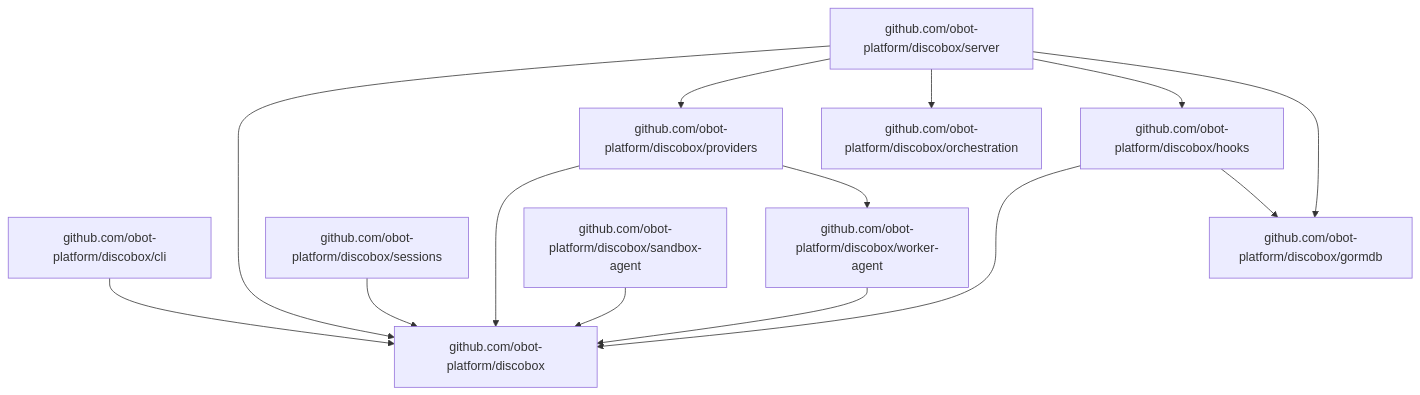
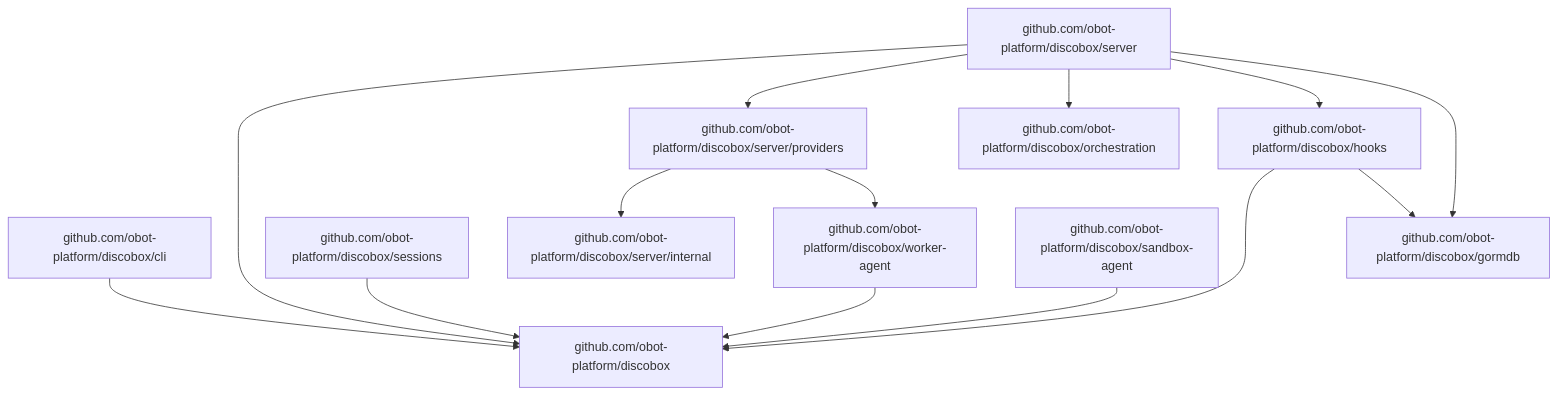
The second of 2 diagrams in DESIGN.md (discobox-ai/discobox), drawn with Mermaid before and after one commit. The commit also changed other lines of this file and 139 other files, not shown here.

````diff
--- a/DESIGN.md
+++ b/DESIGN.md
@@ -69,16 +70,16 @@
 ```mermaid
 flowchart TD
     cli["github.com/obot-platform/discobox/cli"] --> root["github.com/obot-platform/discobox"]
     server["github.com/obot-platform/discobox/server"] --> root
-    server --> providers["github.com/obot-platform/discobox/providers"]
+    server --> providers["github.com/obot-platform/discobox/server/providers"]
     server --> orchestration["github.com/obot-platform/discobox/orchestration"]
     server --> hooks["github.com/obot-platform/discobox/hooks"]
     server --> gormdb["github.com/obot-platform/discobox/gormdb"]
     hooks --> root
     hooks --> gormdb
     sessions["github.com/obot-platform/discobox/sessions"] --> root
-    providers --> root
+    providers --> serverInternal["github.com/obot-platform/discobox/server/internal"]
     providers --> workerAgent["github.com/obot-platform/discobox/worker-agent"]
     workerAgent --> root
     sandboxAgent["github.com/obot-platform/discobox/sandbox-agent"] --> root
 ```
````
